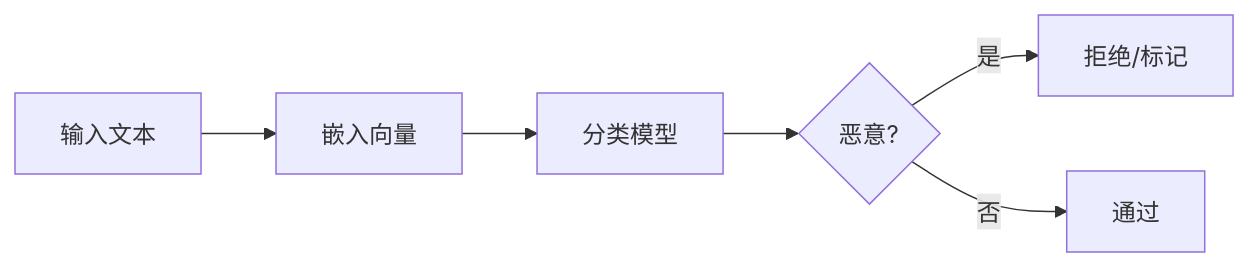
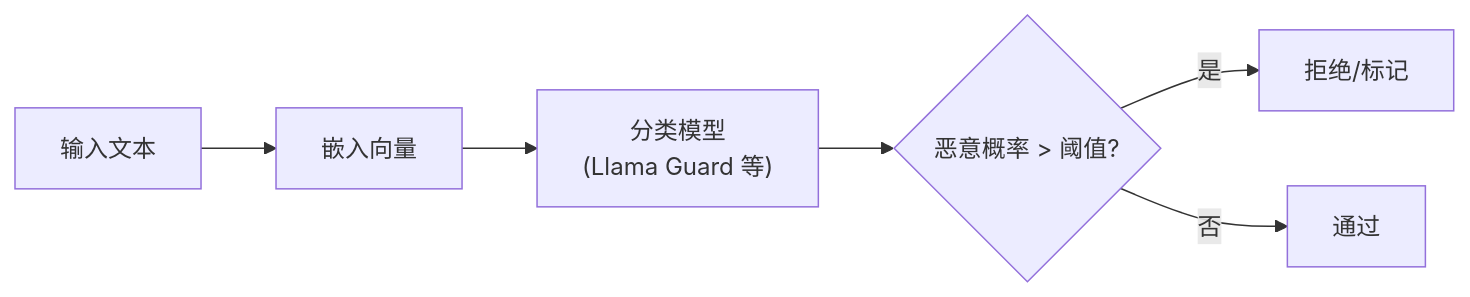
The second of 2 diagrams in 09_io_protection/9.1_input_validation.md (yeasy/ai_security_guide), drawn with Mermaid before and after one commit. The commit also changed other lines of this file and 10 other files, not shown here.

````diff
--- a/09_io_protection/9.1_input_validation.md
+++ b/09_io_protection/9.1_input_validation.md
@@ -186,8 +223,8 @@
 ```mermaid
 flowchart LR
     A["输入文本"] --> B["嵌入向量"]
-    B --> C["分类模型"]
-    C --> D{"恶意?"}
+    B --> C["分类模型<br/>(Llama Guard 等)"]
+    C --> D{"恶意概率 > 阈值?"}
     D --> |是| E["拒绝/标记"]
     D --> |否| F["通过"]
 ```
````
